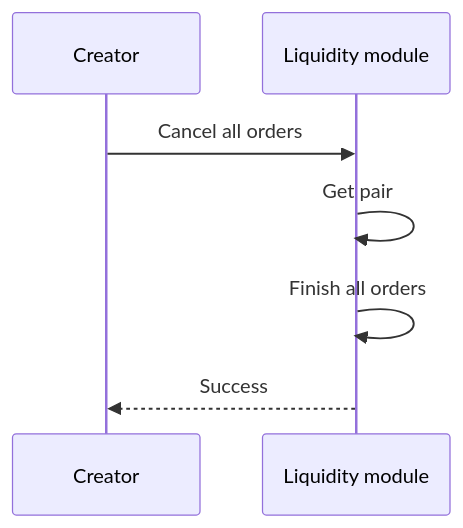
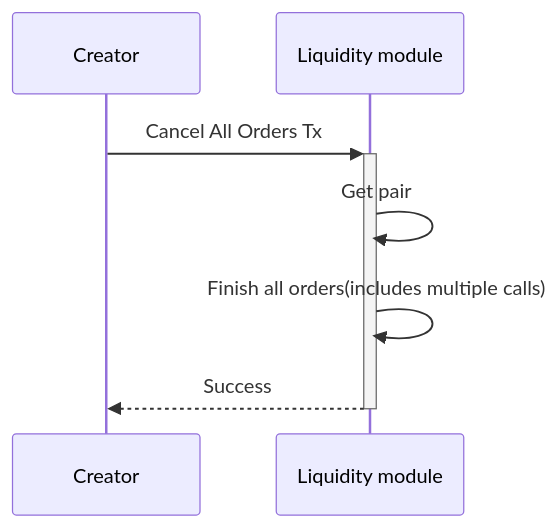
The ninth of 10 diagrams in x/liquidity/spec/09_txs_flows.md (MANTRA-Chain/mantrachain), drawn with Mermaid before and after one commit. The commit also changed other lines of this file and 12 other files, not shown here.

Commit message:
docs: add update txs flows docs

````diff
--- a/x/liquidity/spec/09_txs_flows.md
+++ b/x/liquidity/spec/09_txs_flows.md
@@ -88,7 +113,7 @@
 ```mermaid
 sequenceDiagram
-Creator ->> Liquidity module: Cancel all orders
+Creator->>+Liquidity module: Cancel All Orders Tx
 Liquidity module->>Liquidity module: Get pair
-Liquidity module->>Liquidity module: Finish all orders
-Liquidity module-->> Creator: Success
+Liquidity module->>Liquidity module: Finish all orders(includes multiple calls)
+Liquidity module-->>-Creator: Success
 ```
````
